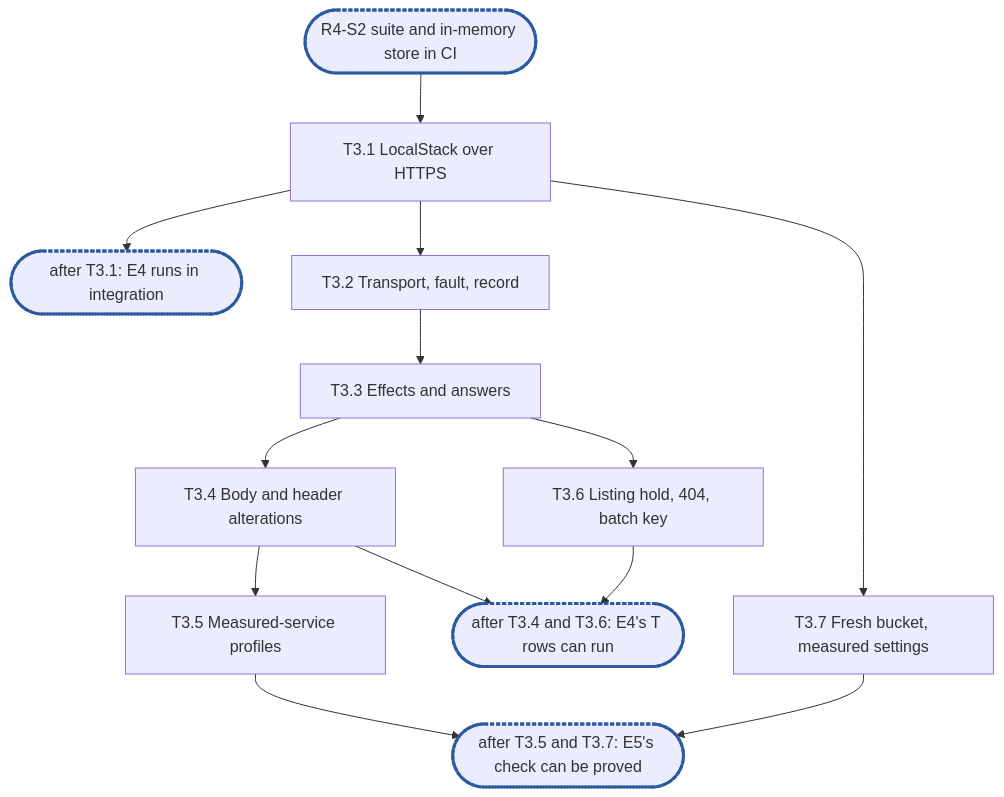
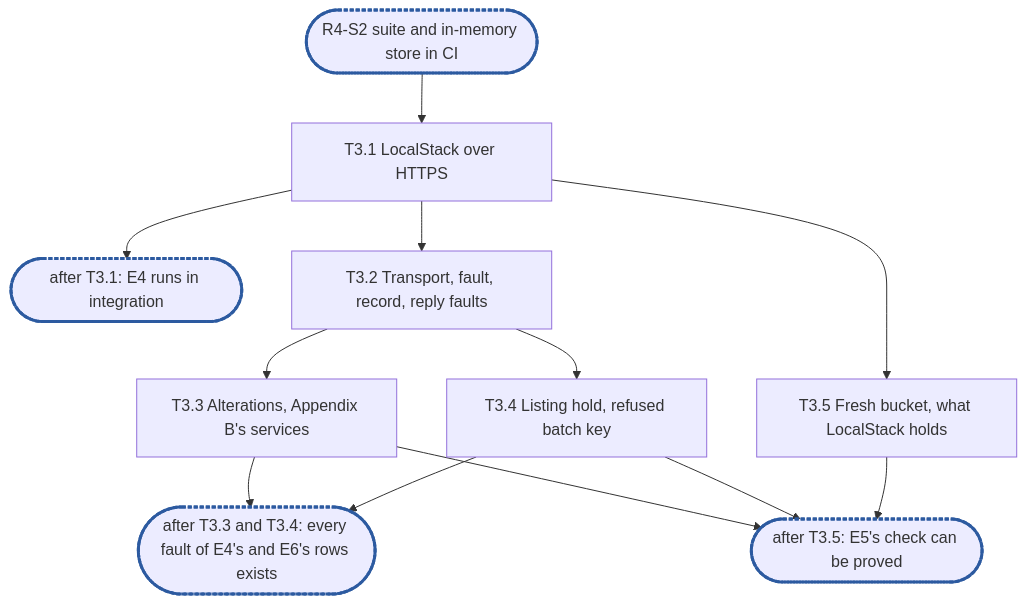
One commit to cubbit/dittofs changed the diagram in .planning/rfc-4-remote-tier-epic3.md. Above: the diagram before and after it, drawn with Mermaid. The commit also changed other lines of this file, not shown here.

````diff
--- a/.planning/rfc-4-remote-tier-epic3.md
+++ b/.planning/rfc-4-remote-tier-epic3.md
@@ -525,12 +618,11 @@
 ```mermaid
 flowchart TD
   S2(["R4-S2 suite and in-memory store in CI"]):::sync --> T3_1["T3.1 LocalStack over HTTPS"]
   T3_1 --> C1(["after T3.1: E4 runs in integration"]):::sync
-  T3_1 --> T3_2["T3.2 Transport, fault, record"] --> T3_3["T3.3 Effects and answers"]
-  T3_3 --> T3_4["T3.4 Body and header alterations"] --> T3_5["T3.5 Measured-service profiles"]
-  T3_3 --> T3_6["T3.6 Listing hold, 404, batch key"]
-  T3_1 --> T3_7["T3.7 Fresh bucket, measured settings"]
-  T3_4 & T3_6 --> C2(["after T3.4 and T3.6: E4's T rows can run"]):::sync
-  T3_5 & T3_7 --> C3(["after T3.5 and T3.7: E5's check can be proved"]):::sync
+  T3_1 --> T3_2["T3.2 Transport, fault, record, reply faults"] --> T3_3["T3.3 Alterations, Appendix B's services"]
+  T3_2 --> T3_4["T3.4 Listing hold, refused batch key"]
+  T3_1 --> T3_5["T3.5 Fresh bucket, what LocalStack holds"]
+  T3_3 & T3_4 --> C2(["after T3.3 and T3.4: every fault of E4's and E6's rows exists"]):::sync
+  T3_3 & T3_4 & T3_5 --> C3(["after T3.5: E5's check can be proved"]):::sync
   classDef sync stroke:#2c5aa0,stroke-width:3px,stroke-dasharray:4 2
 ```
````
